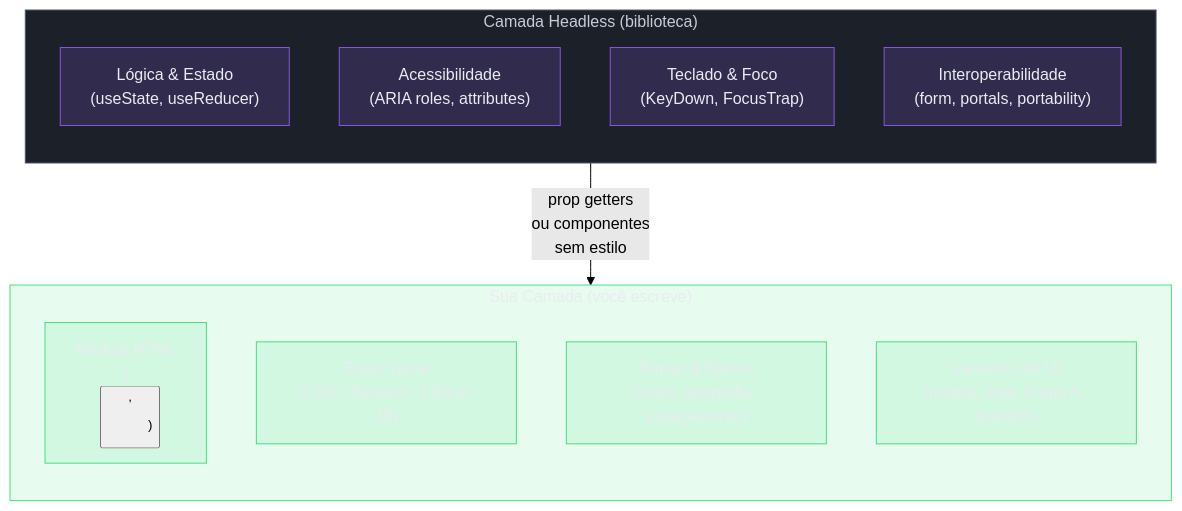
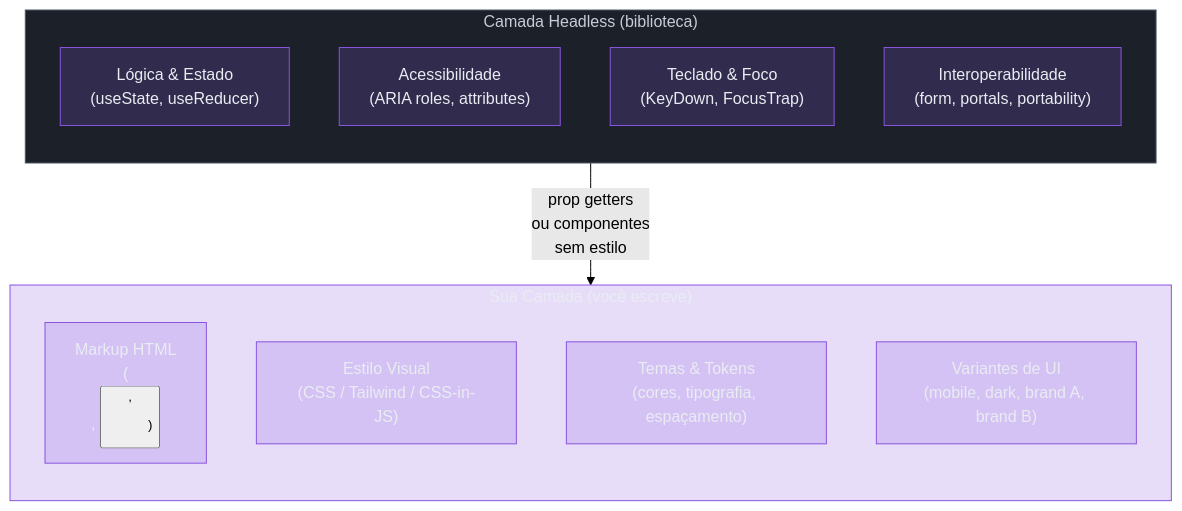
One commit to josenaldo/codex-technomanticus changed the diagram in 03-Dominios/Tecnologia/React/Design Patterns/11 - Headless components e headless hooks.md. Above: the diagram before and after it, drawn with Mermaid (forest theme). The commit also changed 601 other files, not shown here.

````diff
--- a/03-Dominios/Tecnologia/React/Design Patterns/11 - Headless components e headless hooks.md
+++ b/03-Dominios/Tecnologia/React/Design Patterns/11 - Headless components e headless hooks.md
@@ -343,34 +343,33 @@
 ```mermaid
 graph TB
     classDef neutro fill:#1B2029,stroke:#4E5666,color:#C6CCD8
-    classDef ok fill:#4ADE8021,stroke:#4ADE80,color:#E9ECF2
     classDef marca fill:#8855DF33,stroke:#8855DF,color:#E9ECF2
     subgraph HEADLESS ["Camada Headless (biblioteca)"]
         direction TB
         L["Lógica & Estado\n(useState, useReducer)"]
         A["Acessibilidade\n(ARIA roles, attributes)"]
         K["Teclado & Foco\n(KeyDown, FocusTrap)"]
         I["Interoperabilidade\n(form, portals, portability)"]
     end
 
     subgraph SEU ["Sua Camada (você escreve)"]
         direction TB
         M["Markup HTML\n(<div>, <button>, <ul>)"]
         E["Estilo Visual\n(CSS / Tailwind / CSS-in-JS)"]
         T["Temas & Tokens\n(cores, tipografia, espaçamento)"]
         B["Variantes de UI\n(mobile, dark, brand A, brand B)"]
     end
 
     HEADLESS -->|"prop getters\nou componentes\nsem estilo"| SEU
 
     class HEADLESS neutro
-    class SEU ok
+    class SEU marca
     class L marca
     class A marca
     class K marca
     class I marca
-    class M ok
-    class E ok
-    class T ok
-    class B ok
+    class M marca
+    class E marca
+    class T marca
+    class B marca
 ```
````
